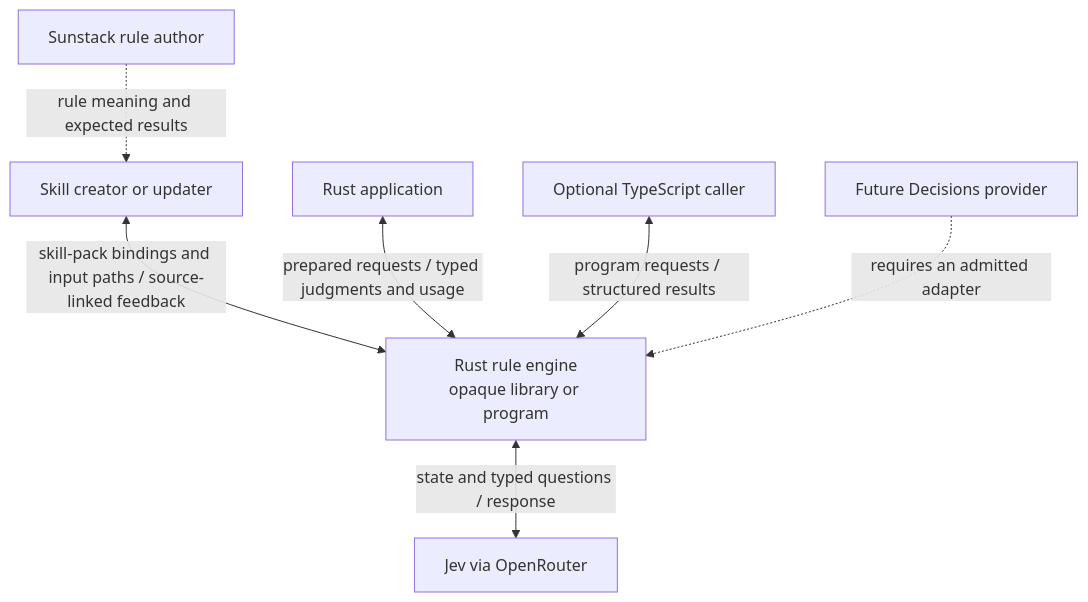
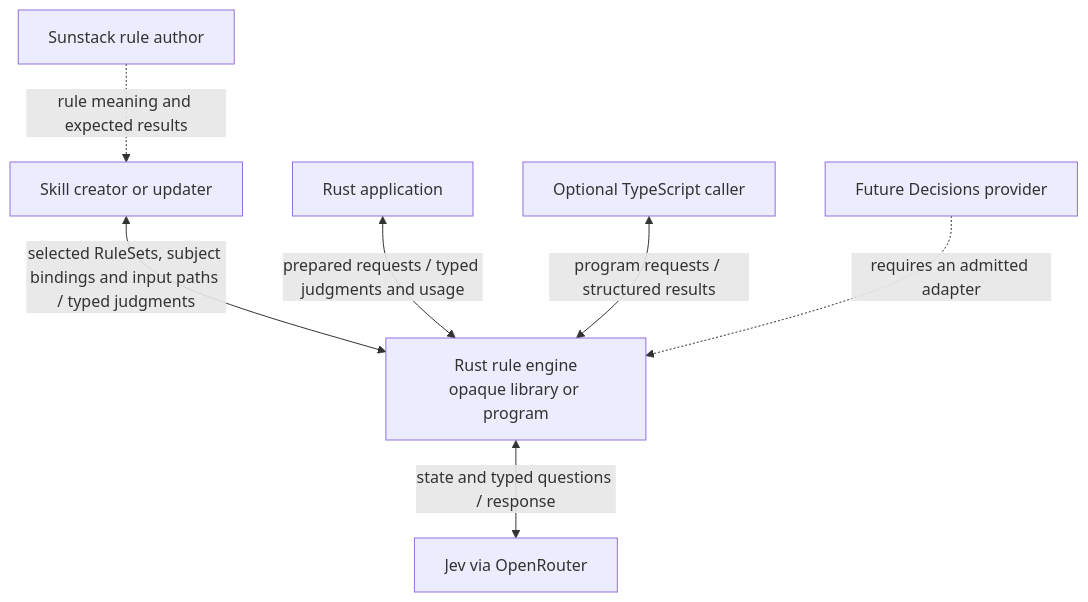
One commit to ShravanSunder/sunstack-tools changed the diagram in docs/specs/2026-10-12-rust-rule-engine/assets/specification-context.mmd. Above: the diagram before and after it, drawn with Mermaid. The commit also changed 32 other files, not shown here.

Commit message:
docs: define RuleSet schemas and reusable JSONL rules

```diff
--- a/docs/specs/2026-10-12-rust-rule-engine/assets/specification-context.mmd
+++ b/docs/specs/2026-10-12-rust-rule-engine/assets/specification-context.mmd
@@ -1,7 +1,7 @@
 flowchart TB
-  A["Skill creator or updater"] <-->|"skill-pack bindings and input paths / source-linked feedback"| E["Rust rule engine<br/>opaque library or program"]
+  A["Skill creator or updater"] <-->|"selected RuleSets, subject bindings and input paths / typed judgments"| E["Rust rule engine<br/>opaque library or program"]
   R["Rust application"] <-->|"prepared requests / typed judgments and usage"| E
   T["Optional TypeScript caller"] <-->|"program requests / structured results"| E
   E <-->|"state and typed questions / response"| J["Jev via OpenRouter"]
   S["Sunstack rule author"] -.->|"rule meaning and expected results"| A
   F["Future Decisions provider"] -.->|"requires an admitted adapter"| E
```
